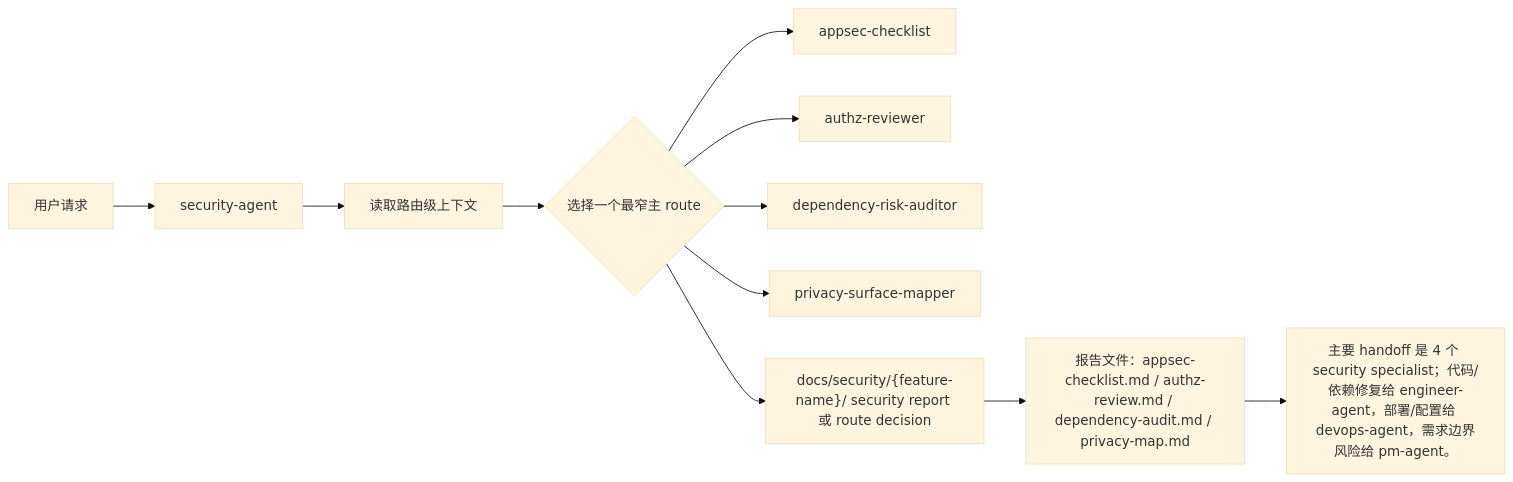
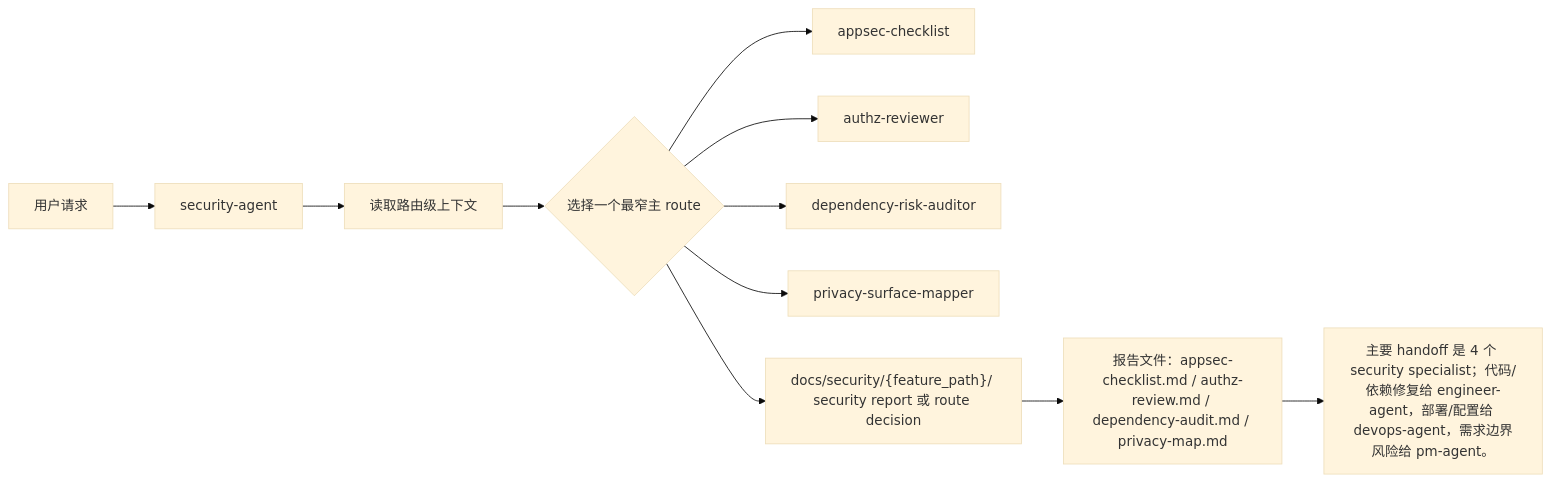
One commit to Neplich/dev-agent-skills changed the diagram in docs/pm/agents/security-agent/PRD.md. Above: the diagram before and after it, drawn with Mermaid (base theme). The commit also changed other lines of this file and 226 other files, not shown here.

First line of the commit message:
feat: 固化多级 feature_path 文档契约

````diff
--- a/docs/pm/agents/security-agent/PRD.md
+++ b/docs/pm/agents/security-agent/PRD.md
@@ -99,13 +105,13 @@
 ```mermaid
 flowchart LR
     User["用户请求"] --> Entry["security-agent"]
     Entry --> Context["读取路由级上下文"]
     Context --> Decision{"选择一个最窄主 route"}
     Decision --> appsec_checklist["appsec-checklist"]
     Decision --> authz_reviewer["authz-reviewer"]
     Decision --> dependency_risk_auditor["dependency-risk-auditor"]
     Decision --> privacy_surface_mapper["privacy-surface-mapper"]
-    Decision --> Output["docs/security/{feature-name}/ security report 或 route decision"]
+    Decision --> Output["docs/security/{feature_path}/ security report 或 route decision"]
     Output --> ReportPath["报告文件：appsec-checklist.md / authz-review.md / dependency-audit.md / privacy-map.md"]
     ReportPath --> Handoff["主要 handoff 是 4 个 security specialist；代码/依赖修复给 engineer-agent，部署/配置给 devops-agent，需求边界风险给 pm-agent。"]
 ```
````
